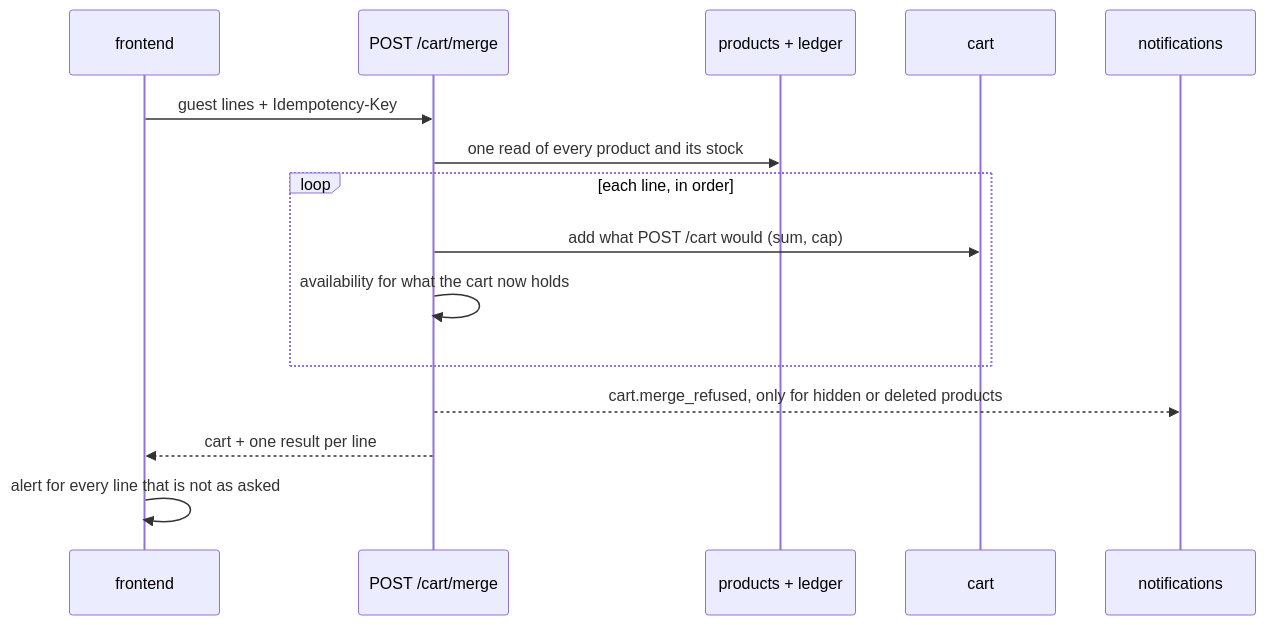
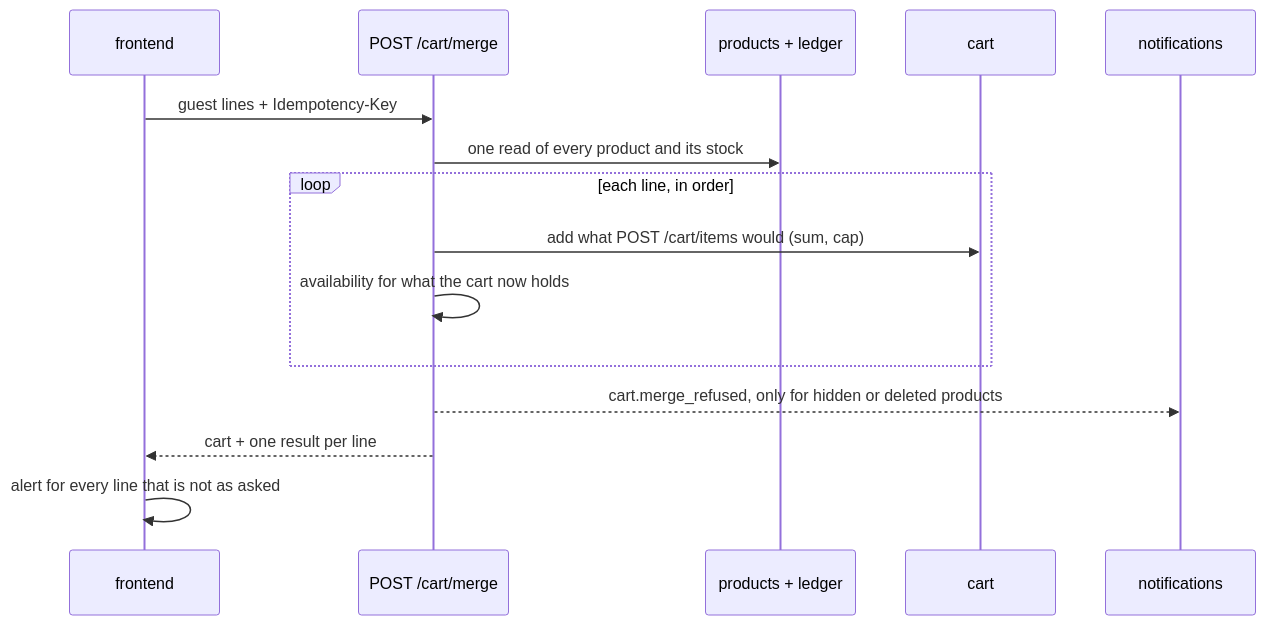
The third of 4 diagrams in docs/modules/cart.md (Guebbit/boilerplate-node-backend), drawn with Mermaid before and after one commit. The commit also changed other lines of this file and 6 other files, not shown here.

````diff
--- a/docs/modules/cart.md
+++ b/docs/modules/cart.md
@@ -195,17 +195,17 @@
 ```mermaid
 sequenceDiagram
     participant FE as frontend
     participant API as POST /cart/merge
     participant P as products + ledger
     participant C as cart
     participant N as notifications
     FE->>API: guest lines + Idempotency-Key
     API->>P: one read of every product and its stock
     loop each line, in order
-        API->>C: add what POST /cart would (sum, cap)
+        API->>C: add what POST /cart/items would (sum, cap)
         API->>API: availability for what the cart now holds
     end
     API-->>N: cart.merge_refused, only for hidden or deleted products
     API-->>FE: cart + one result per line
     FE->>FE: alert for every line that is not as asked
 ```
````
